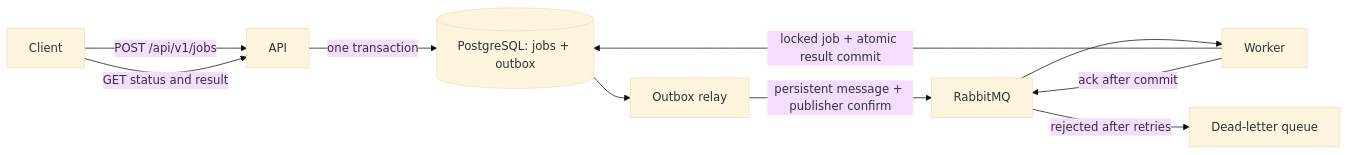
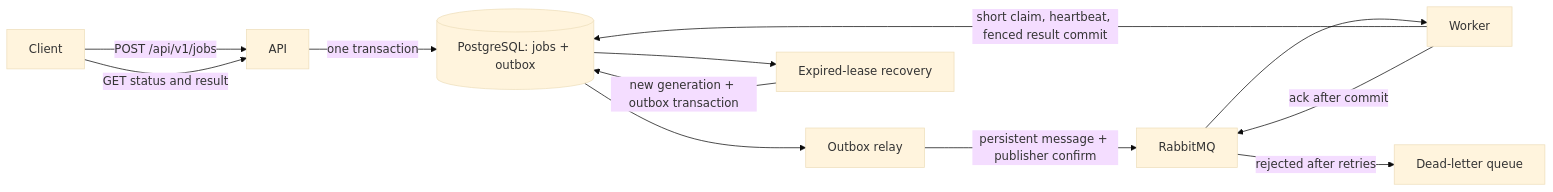
One commit to maneesh-bijjula/distributed-job-platform changed the diagram in README.md. Above: the diagram before and after it, drawn with Mermaid (base theme). The commit also changed other lines of this file and 38 other files, not shown here.

````diff
--- a/README.md
+++ b/README.md
@@ -133,12 +177,14 @@
 ```mermaid
 flowchart LR
     Client -->|POST /api/v1/jobs| API
     API -->|one transaction| DB[(PostgreSQL: jobs + outbox)]
     DB --> Relay[Outbox relay]
     Relay -->|persistent message + publisher confirm| MQ[RabbitMQ]
     MQ --> Worker
-    Worker -->|locked job + atomic result commit| DB
+    Worker -->|short claim, heartbeat, fenced result commit| DB
+    DB --> Recovery[Expired-lease recovery]
+    Recovery -->|new generation + outbox transaction| DB
     Worker -->|ack after commit| MQ
     Client -->|GET status and result| API
     MQ -->|rejected after retries| DLQ[Dead-letter queue]
 ```
````
